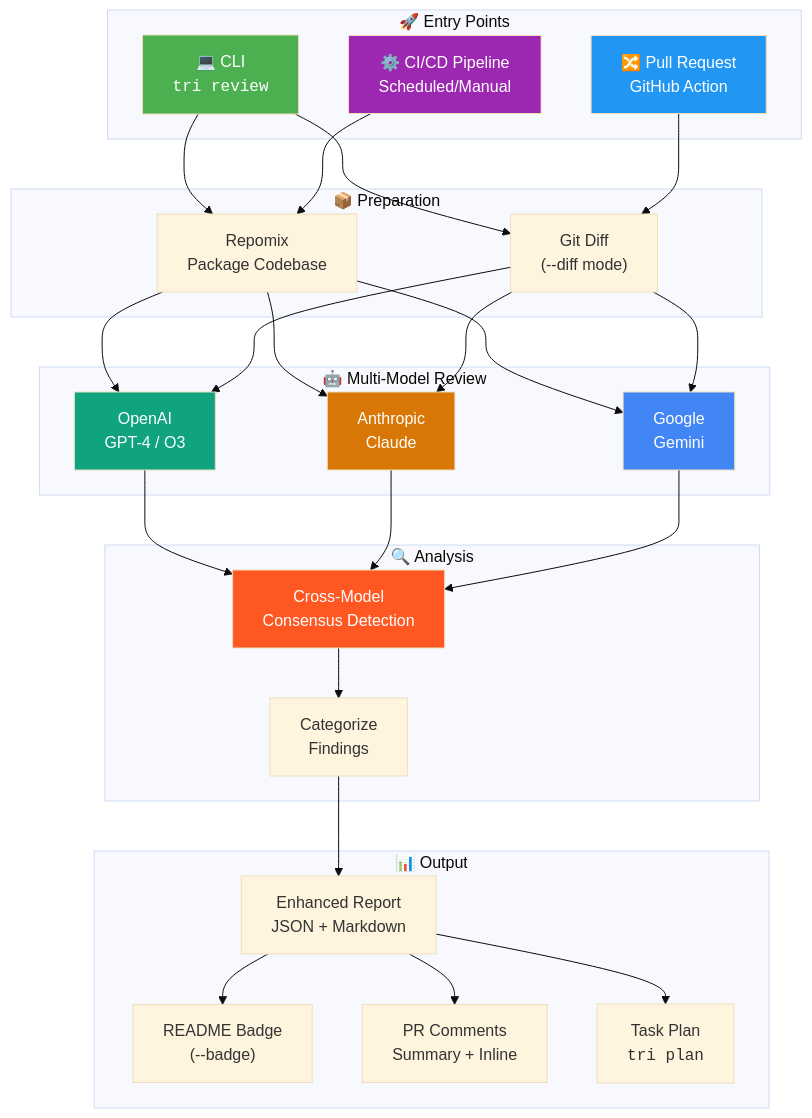
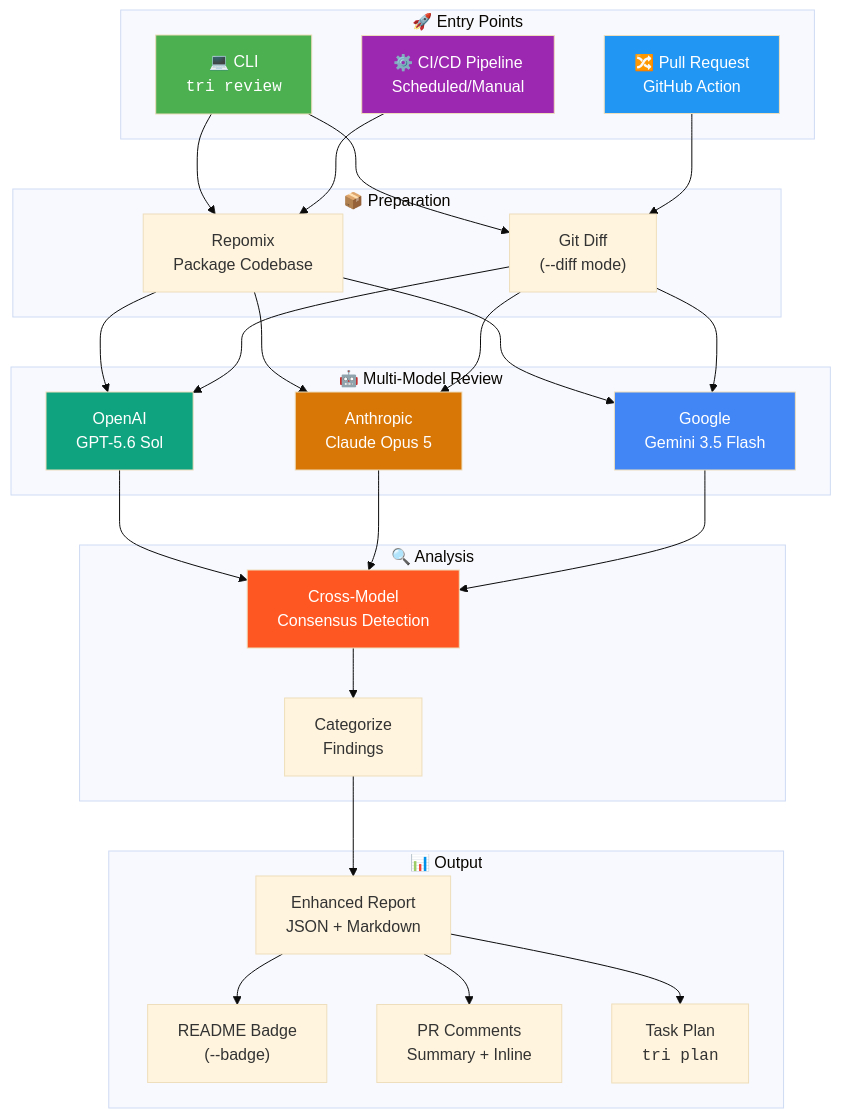
The diagram in README.md (closedloop-technologies/triumvirate), drawn with Mermaid (base theme) before and after one commit. The commit also changed other lines of this file and 17 other files, not shown here.

````diff
--- a/README.md
+++ b/README.md
@@ -31,55 +31,55 @@
 ```mermaid
 flowchart TB
     subgraph Entry["🚀 Entry Points"]
         CLI["💻 CLI<br/><code>tri review</code>"]
         PR["🔀 Pull Request<br/>GitHub Action"]
         CI["⚙️ CI/CD Pipeline<br/>Scheduled/Manual"]
     end
 
     subgraph Prepare["📦 Preparation"]
         Repomix["Repomix<br/>Package Codebase"]
         Diff["Git Diff<br/>(--diff mode)"]
     end
 
     subgraph Review["🤖 Multi-Model Review"]
-        OpenAI["OpenAI<br/>GPT-4 / O3"]
-        Claude["Anthropic<br/>Claude"]
-        Gemini["Google<br/>Gemini"]
+        OpenAI["OpenAI<br/>GPT-5.6 Sol"]
+        Claude["Anthropic<br/>Claude Opus 5"]
+        Gemini["Google<br/>Gemini 3.5 Flash"]
     end
 
     subgraph Analyze["🔍 Analysis"]
         Consensus["Cross-Model<br/>Consensus Detection"]
         Categorize["Categorize<br/>Findings"]
     end
 
     subgraph Output["📊 Output"]
         Report["Enhanced Report<br/>JSON + Markdown"]
         Badge["README Badge<br/>(--badge)"]
         PRComment["PR Comments<br/>Summary + Inline"]
         Plan["Task Plan<br/><code>tri plan</code>"]
     end
 
     CLI --> Repomix
     CLI --> Diff
     PR --> Diff
     CI --> Repomix
 
     Repomix --> OpenAI & Claude & Gemini
     Diff --> OpenAI & Claude & Gemini
 
     OpenAI & Claude & Gemini --> Consensus
     Consensus --> Categorize
 
     Categorize --> Report
     Report --> Badge
     Report --> PRComment
     Report --> Plan
 
     style CLI fill:#4CAF50,color:#fff
     style PR fill:#2196F3,color:#fff
     style CI fill:#9C27B0,color:#fff
     style OpenAI fill:#10a37f,color:#fff
     style Claude fill:#d97706,color:#fff
     style Gemini fill:#4285F4,color:#fff
     style Consensus fill:#FF5722,color:#fff
 ```
````
